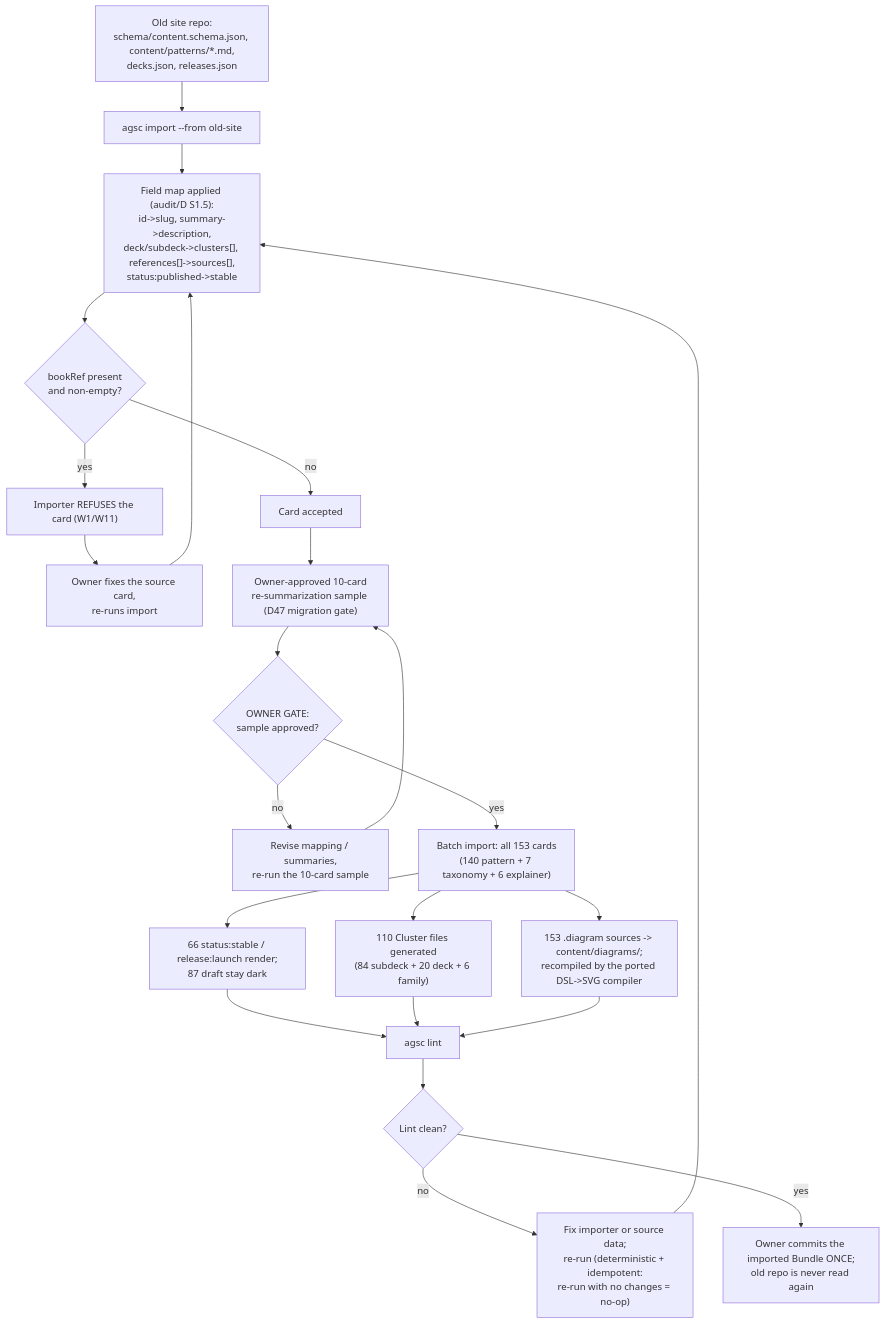
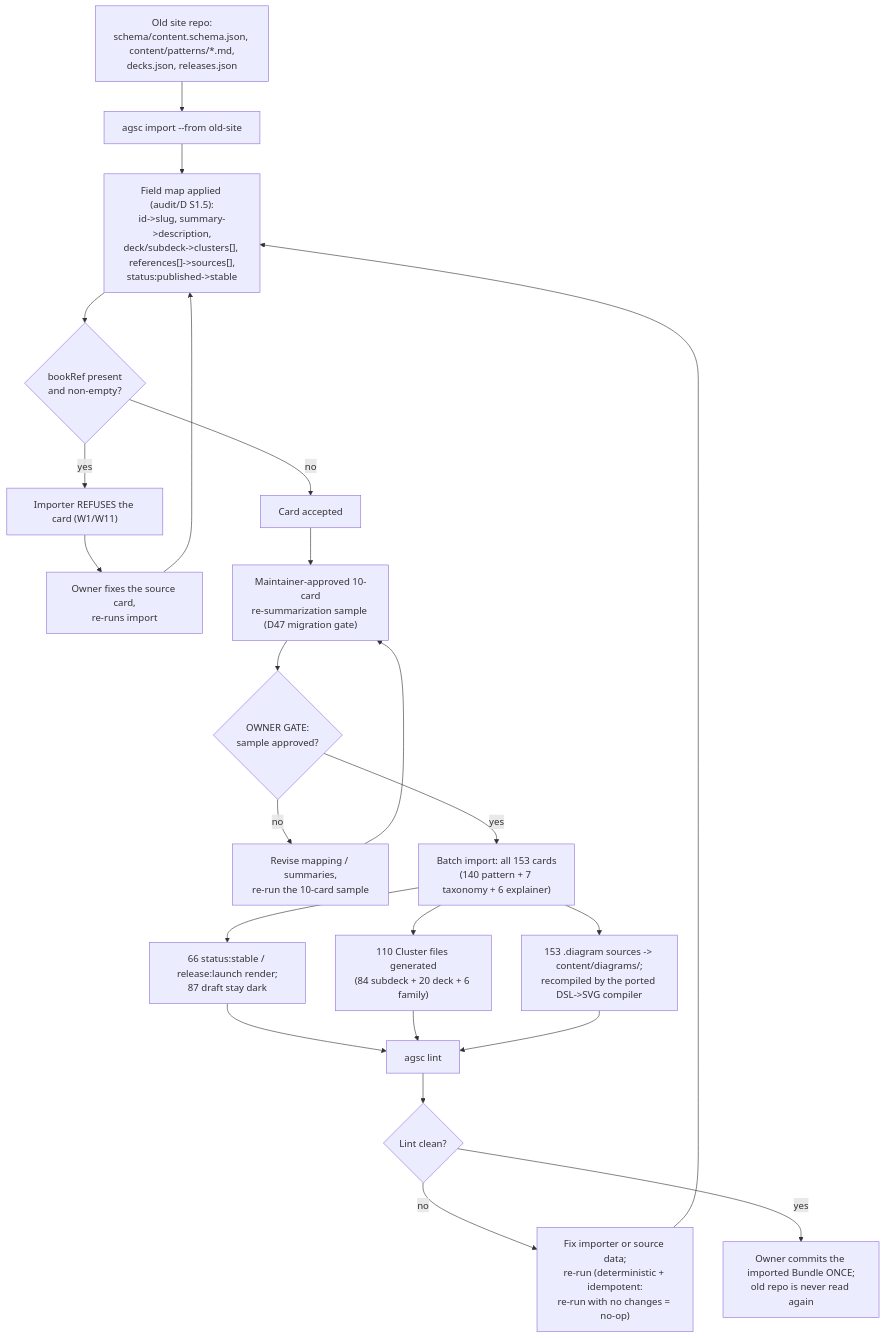
One commit to andreibesleaga/agentic-system-core changed the diagram in docs/diagrams/workflow-migration.md. Above: the diagram before and after it, drawn with Mermaid. The commit also changed other lines of this file and 269 other files, not shown here.

````diff
--- a/docs/diagrams/workflow-migration.md
+++ b/docs/diagrams/workflow-migration.md
@@ -5,29 +5,29 @@
 ```mermaid
 flowchart TD
   A["Old site repo:\nschema/content.schema.json, content/patterns/*.md,\ndecks.json, releases.json"]
   A --> B["agsc import --from old-site <path-to-old-site-repo>"]
   B --> C["Field map applied (audit/D S1.5):\nid->slug, summary->description,\ndeck/subdeck->clusters[], references[]->sources[],\nstatus:published->stable"]
   C --> D{"bookRef present\nand non-empty?"}
   D -- yes --> E["Importer REFUSES the card (W1/W11)"]
   E --> G["Owner fixes the source card,\nre-runs import"]
   G --> C
   D -- no --> F["Card accepted"]
 
-  F --> H["Owner-approved 10-card\nre-summarization sample (D47 migration gate)"]
+  F --> H["Maintainer-approved 10-card\nre-summarization sample (D47 migration gate)"]
   H --> I{"OWNER GATE:\nsample approved?"}
   I -- no --> J["Revise mapping / summaries,\nre-run the 10-card sample"]
   J --> H
   I -- yes --> K["Batch import: all 153 cards\n(140 pattern + 7 taxonomy + 6 explainer)"]
 
   K --> L["66 status:stable / release:launch render;\n87 draft stay dark"]
   K --> M["110 Cluster files generated\n(84 subdeck + 20 deck + 6 family)"]
   K --> N["153 .diagram sources -> content/diagrams/;\nrecompiled by the ported DSL->SVG compiler"]
 
   L --> O["agsc lint"]
   M --> O
   N --> O
   O --> P{"Lint clean?"}
   P -- no --> Q["Fix importer or source data;\nre-run (deterministic + idempotent:\nre-run with no changes = no-op)"]
   Q --> C
   P -- yes --> R["Owner commits the imported Bundle ONCE;\nold repo is never read again"]
 ```
````
